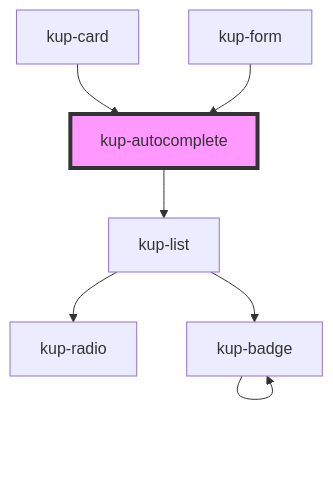
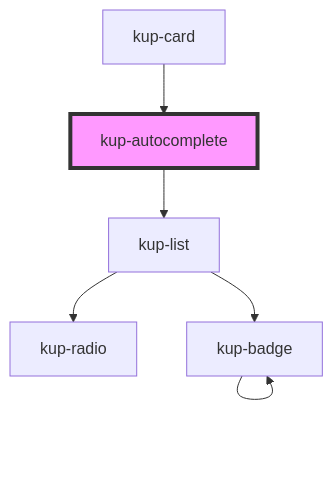
One commit to smeup/ketchup changed the diagram in packages/ketchup/src/components/kup-autocomplete/readme.md. Above: the diagram before and after it, drawn with Mermaid. The commit also changed other lines of this file and 40 other files, not shown here.

Commit message:
kup-crud, kup-form, kup-modal, kup-search: removed from library.

````diff
--- a/packages/ketchup/src/components/kup-autocomplete/readme.md
+++ b/packages/ketchup/src/components/kup-autocomplete/readme.md
@@ -110,10 +109,9 @@
 ```mermaid
 graph TD;
   kup-autocomplete --> kup-list
   kup-list --> kup-radio
   kup-list --> kup-badge
   kup-badge --> kup-badge
   kup-card --> kup-autocomplete
-  kup-form --> kup-autocomplete
   style kup-autocomplete fill:#f9f,stroke:#333,stroke-width:4px
 ```
````
